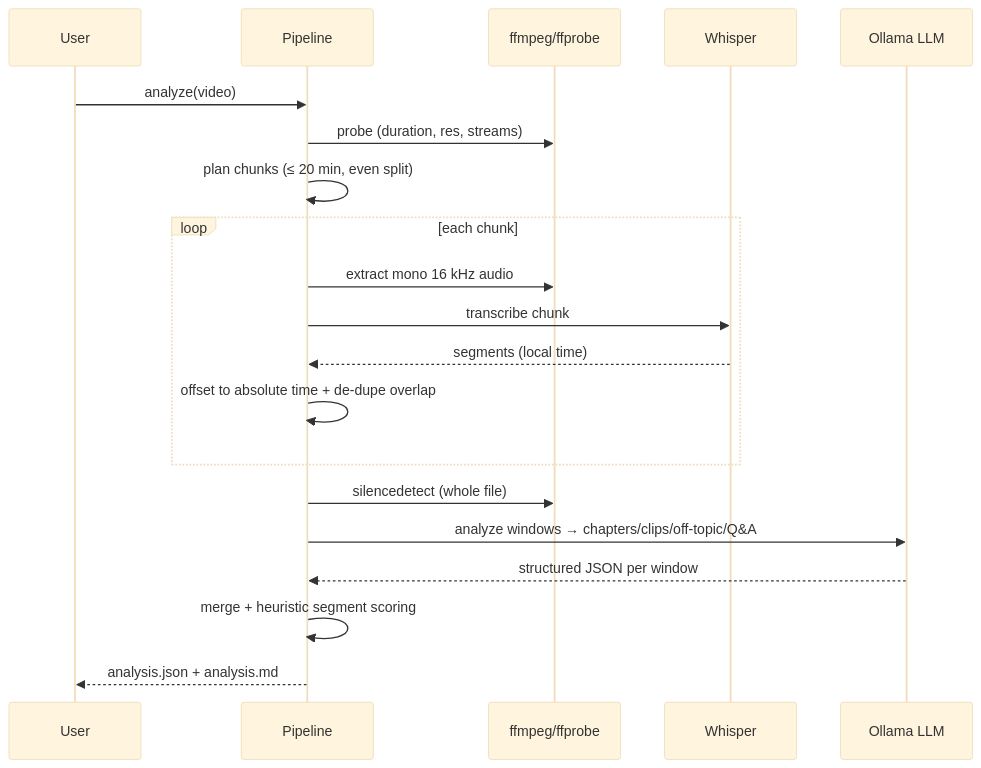
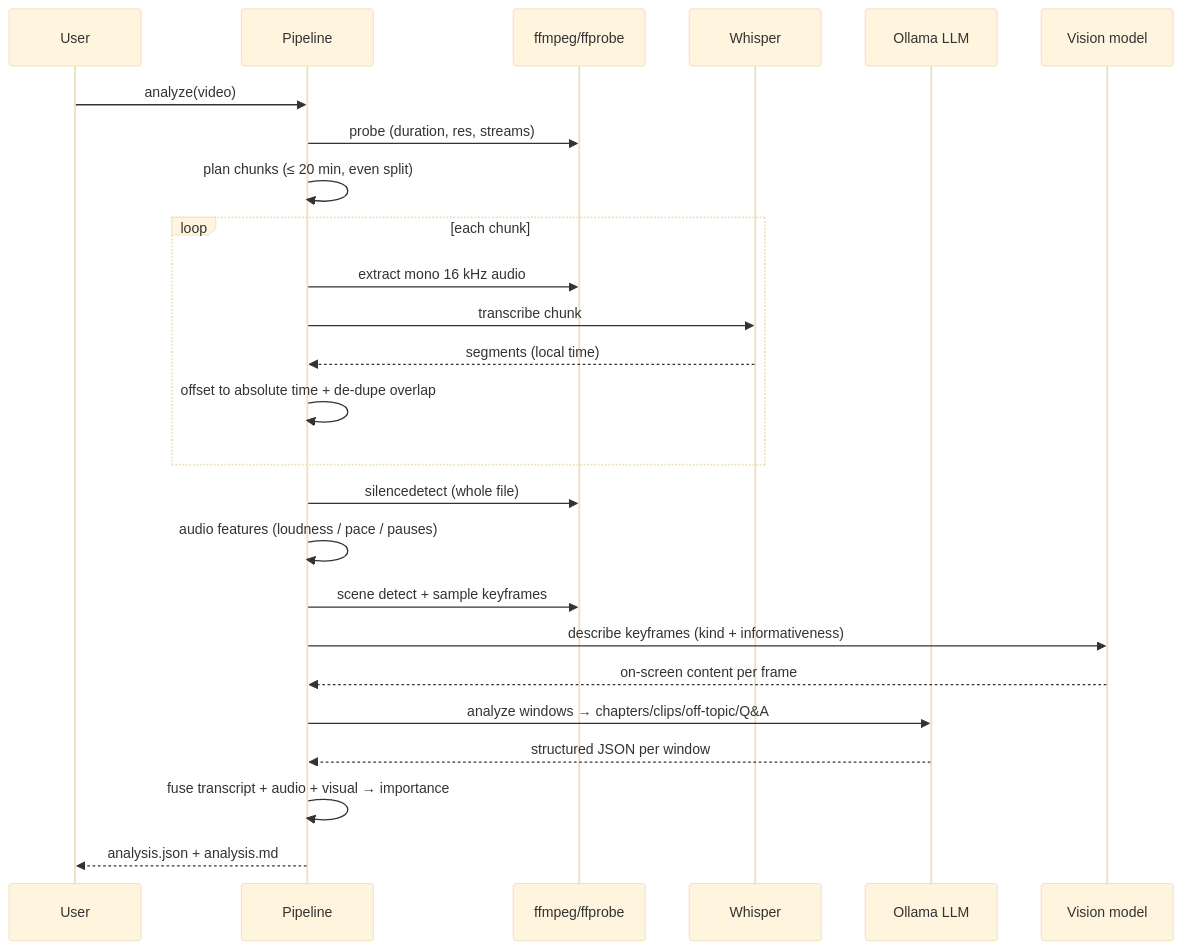
The second of 3 diagrams in README.md (hichauhan-in/clipmaster), drawn with Mermaid (base theme) before and after one commit. The commit also changed other lines of this file and 18 other files, not shown here.

````diff
--- a/README.md
+++ b/README.md
@@ -114,23 +118,28 @@
 ```mermaid
 sequenceDiagram
     participant U as User
     participant P as Pipeline
     participant F as ffmpeg/ffprobe
     participant W as Whisper
     participant L as Ollama LLM
+    participant V as Vision model
 
     U->>P: analyze(video)
     P->>F: probe (duration, res, streams)
     P->>P: plan chunks (≤ 20 min, even split)
     loop each chunk
         P->>F: extract mono 16 kHz audio
         P->>W: transcribe chunk
         W-->>P: segments (local time)
         P->>P: offset to absolute time + de-dupe overlap
     end
     P->>F: silencedetect (whole file)
+    P->>P: audio features (loudness / pace / pauses)
+    P->>F: scene detect + sample keyframes
+    P->>V: describe keyframes (kind + informativeness)
+    V-->>P: on-screen content per frame
     P->>L: analyze windows → chapters/clips/off-topic/Q&A
     L-->>P: structured JSON per window
-    P->>P: merge + heuristic segment scoring
+    P->>P: fuse transcript + audio + visual → importance
     P-->>U: analysis.json + analysis.md
 ```
````
